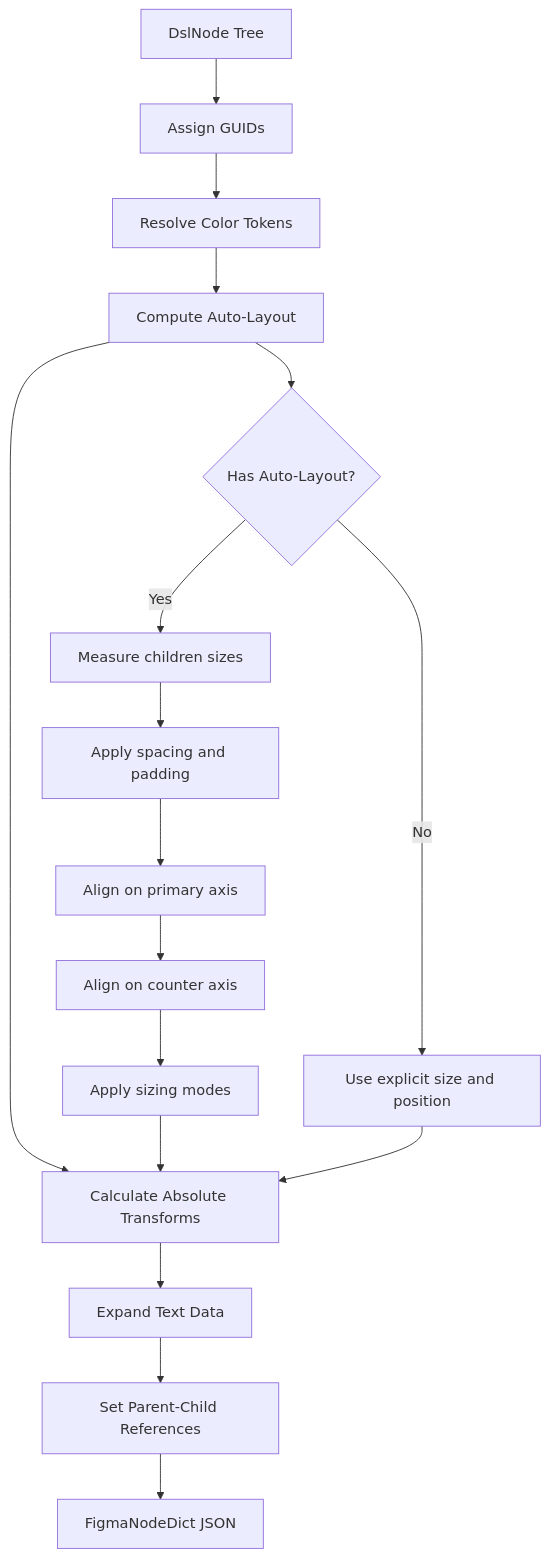
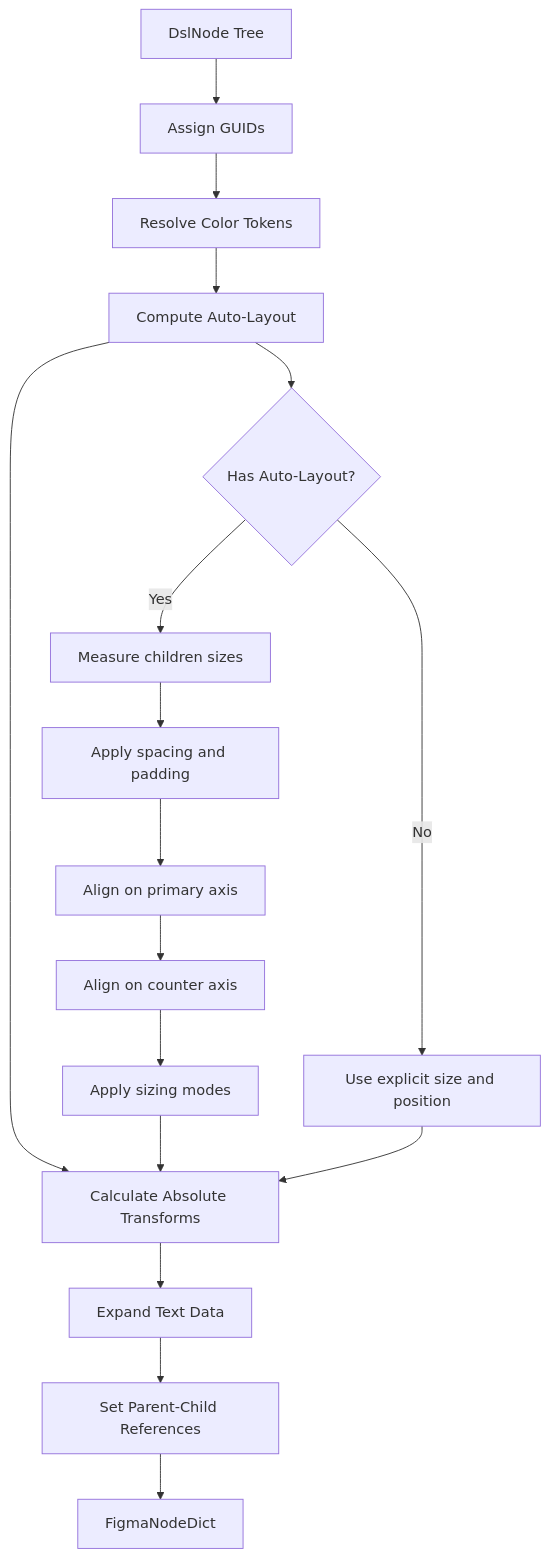
The third of 4 diagrams in .kiro/specs/figma-component-dsl/design.md (TETRA2000/figma-component-dsl), drawn with Mermaid before and after one commit. The commit also changed other lines of this file and 2 other files, not shown here.

````diff
--- a/.kiro/specs/figma-component-dsl/design.md
+++ b/.kiro/specs/figma-component-dsl/design.md
@@ -144,20 +131,20 @@
 ```mermaid
 flowchart TB
     A[DslNode Tree] --> B[Assign GUIDs]
     B --> C[Resolve Color Tokens]
     C --> D[Compute Auto-Layout]
     D --> E[Calculate Absolute Transforms]
     E --> F[Expand Text Data]
     F --> G[Set Parent-Child References]
-    G --> H[FigmaNodeDict JSON]
+    G --> H[FigmaNodeDict]
 
     D --> D1{Has Auto-Layout?}
     D1 -->|Yes| D2[Measure children sizes]
     D2 --> D3[Apply spacing and padding]
     D3 --> D4[Align on primary axis]
     D4 --> D5[Align on counter axis]
     D5 --> D6[Apply sizing modes]
     D1 -->|No| D7[Use explicit size and position]
     D6 --> E
     D7 --> E
 ```
````
